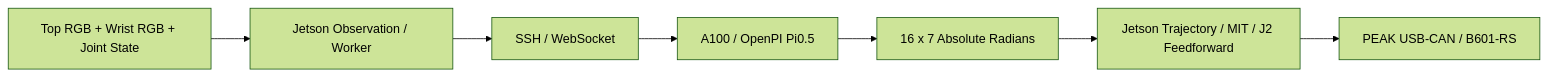
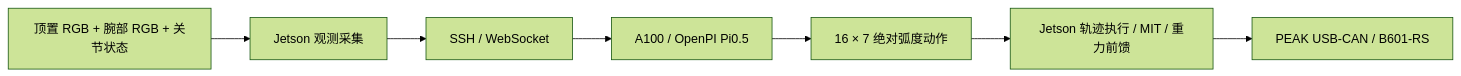
One commit to yny0520/b601-pi05-cloud-deployment changed the diagram in README.md. Above: the diagram before and after it, drawn with Mermaid (forest theme). The commit also changed other lines of this file and 10 other files, not shown here.

````diff
--- a/README.md
+++ b/README.md
@@ -11,9 +23,9 @@
 ```mermaid
 flowchart LR
- A[Top RGB + Wrist RGB + Joint State] --> B[Jetson Observation / Worker]
+ A[顶置 RGB + 腕部 RGB + 关节状态] --> B[Jetson 观测采集]
  B --> C[SSH / WebSocket]
  C --> D[A100 / OpenPI Pi0.5]
- D --> E[16 x 7 Absolute Radians]
- E --> F[Jetson Trajectory / MIT / J2 Feedforward]
+ D --> E[16 × 7 绝对弧度动作]
+ E --> F[Jetson 轨迹执行 / MIT / 重力前馈]
  F --> G[PEAK USB-CAN / B601-RS]
 ```
````
